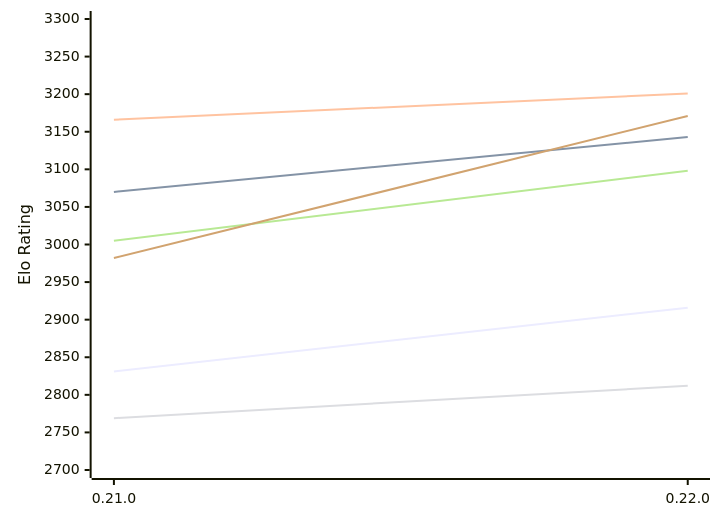
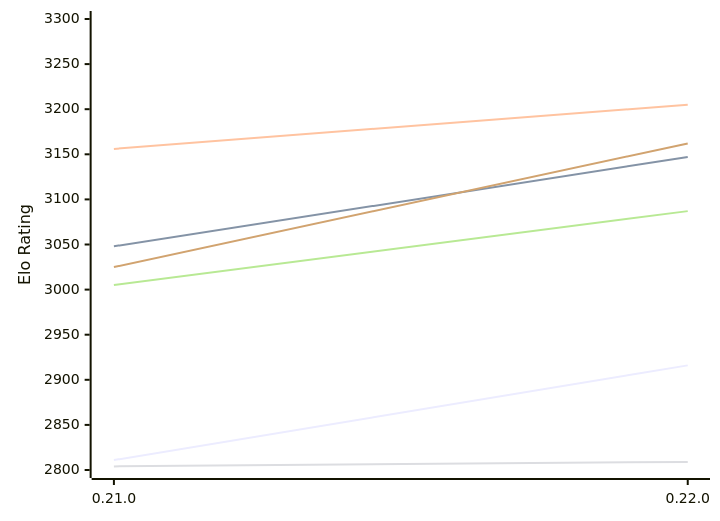
One commit to computer-chess-index/cci changed the first of 2 diagrams in engines/Princhess.md. Above: the diagram before and after it, drawn with Mermaid. The commit also changed other lines of this file, not shown here.

Commit message:
Update CCI Ratings (ELO VLTC) - 2026-11-15

````diff
--- a/engines/Princhess.md
+++ b/engines/Princhess.md
@@ -50,12 +50,12 @@
 ```mermaid
 %%{init: {"theme":"base","themeVariables":{"seriesColors:['#a3a3a3','#222221','#faa371']}}}%%
 xychart-beta
   x-axis ["0.21.0", "0.22.0"]
-  y-axis "Elo Rating" 2700 --> 3300
-  line "E1: STC (8.0+0.08s)" [2831, 2916]
-  line "E1: LTC (60.0+0.60s)" [3070, 3143]
-  line "E1: VLTC (2m24s+1.12s)" [3166, 3201]
-  line "P1: STC (8.0+0.08s)" [2769, 2812]
-  line "P1: LTC (60.0+0.60s)" [3005, 3098]
-  line "P1: VLTC (2m24s+1.12s)" [2982, 3171]
+  y-axis "Elo Rating" 2800 --> 3300
+  line "E1: STC (8.0+0.08s)" [2811, 2916]
+  line "E1: LTC (60.0+0.60s)" [3048, 3147]
+  line "E1: VLTC (2m24s+1.12s)" [3156, 3205]
+  line "P1: STC (8.0+0.08s)" [2804, 2809]
+  line "P1: LTC (60.0+0.60s)" [3005, 3087]
+  line "P1: VLTC (2m24s+1.12s)" [3025, 3162]
 ```
````
